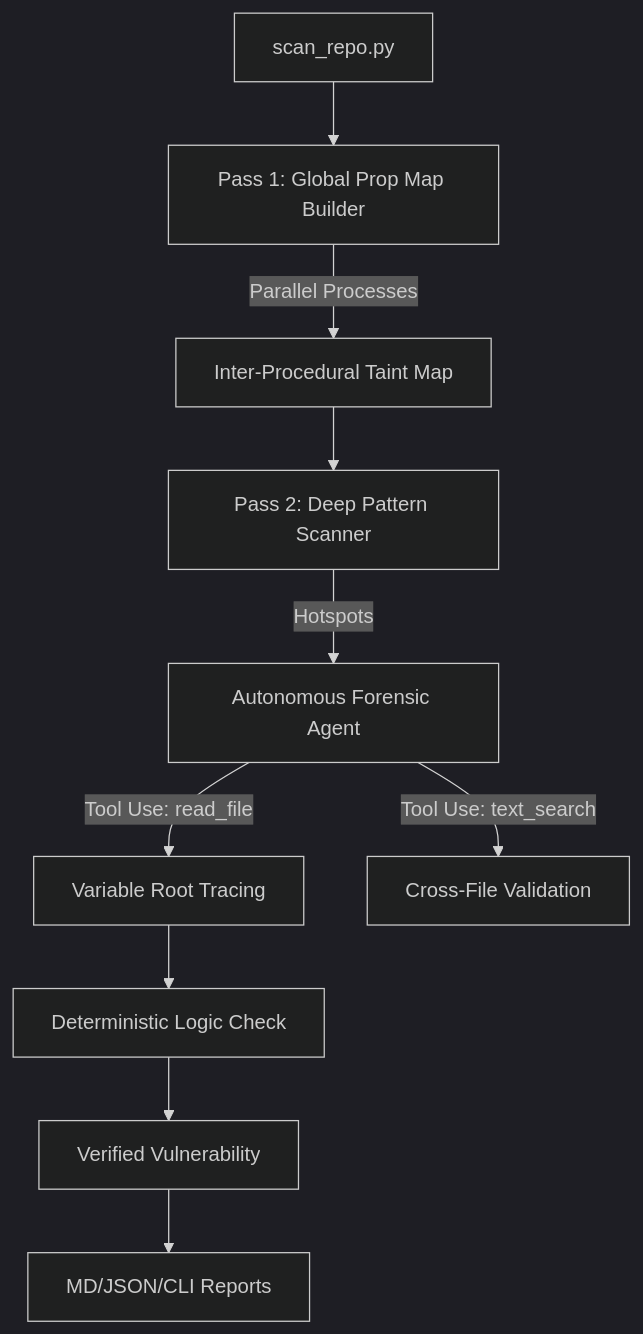
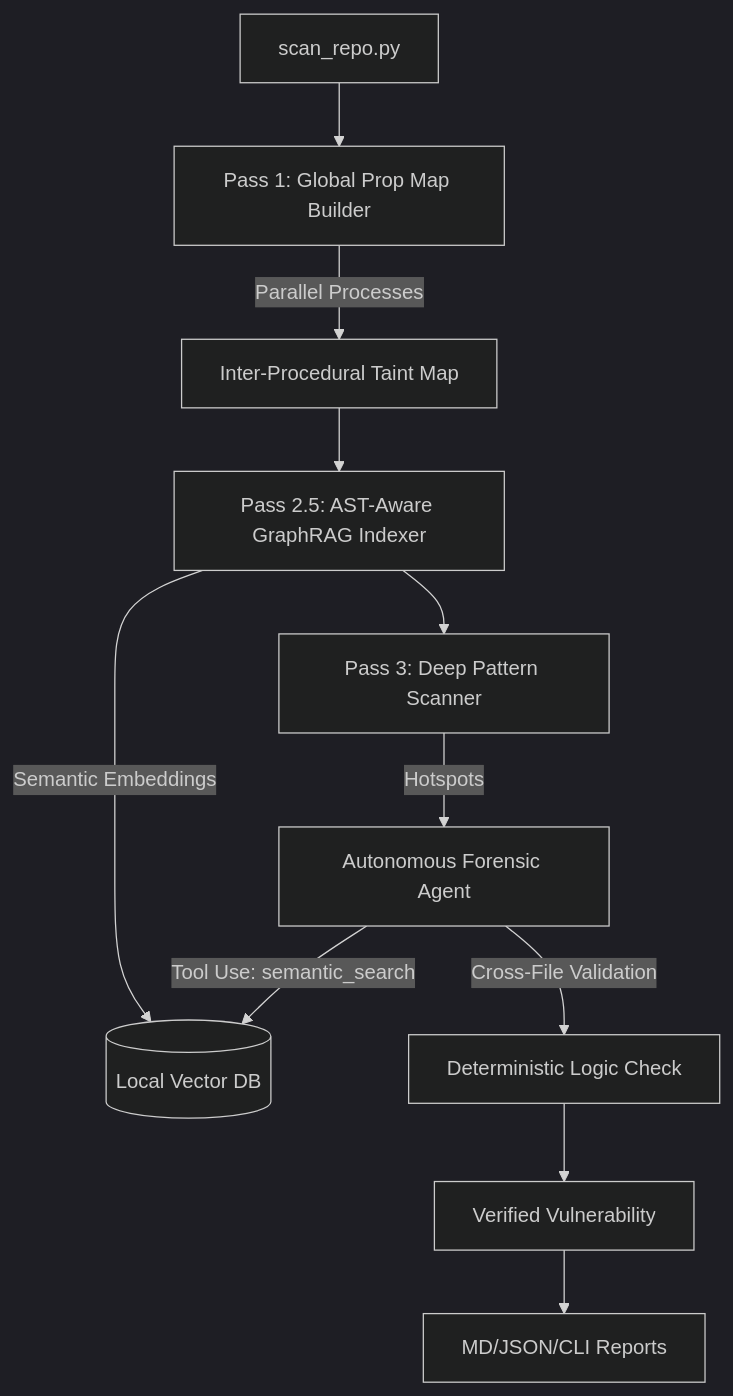
One commit to ritesh-ui/RepoGuard changed the diagram in README.md. Above: the diagram before and after it, drawn with Mermaid (dark theme). The commit also changed other lines of this file and 4 other files, not shown here.

Commit message:
feat: integrate AST-Aware GraphRAG; update all benchmark reports post-regression scan

````diff
--- a/README.md
+++ b/README.md
@@ -48,12 +50,13 @@
 ```mermaid
 graph TD
     CLI[scan_repo.py] --> P1[Pass 1: Global Prop Map Builder]
     P1 -->|Parallel Processes| Map[Inter-Procedural Taint Map]
-    Map --> P2[Pass 2: Deep Pattern Scanner]
+    Map --> RAG[Pass 2.5: AST-Aware GraphRAG Indexer]
+    RAG -->|Semantic Embeddings| ChromaDB[(Local Vector DB)]
+    RAG --> P2[Pass 3: Deep Pattern Scanner]
     P2 -->|Hotspots| Agent[Autonomous Forensic Agent]
-    Agent -->|Tool Use: read_file| Root[Variable Root Tracing]
-    Agent -->|Tool Use: text_search| Cross[Cross-File Validation]
-    Root --> Logic[Deterministic Logic Check]
+    Agent -->|Tool Use: semantic_search| ChromaDB
+    Agent -->|Cross-File Validation| Logic[Deterministic Logic Check]
     Logic --> Result[Verified Vulnerability]
     Result --> Report[MD/JSON/CLI Reports]
 ```
````
